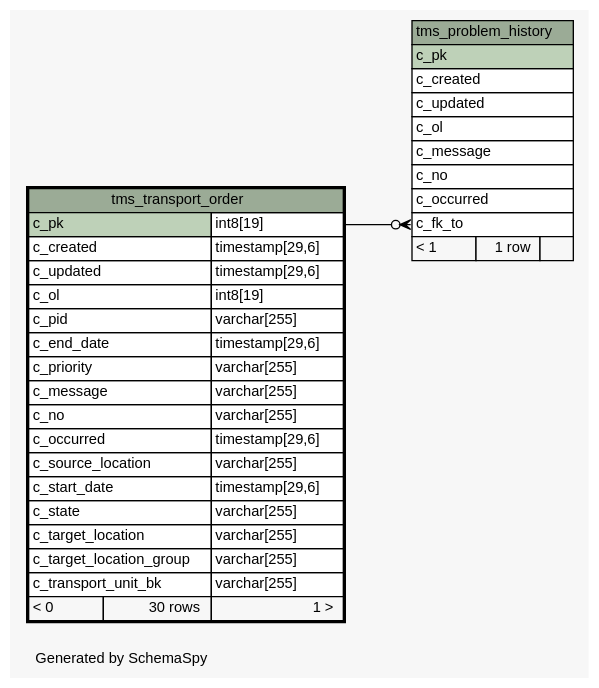
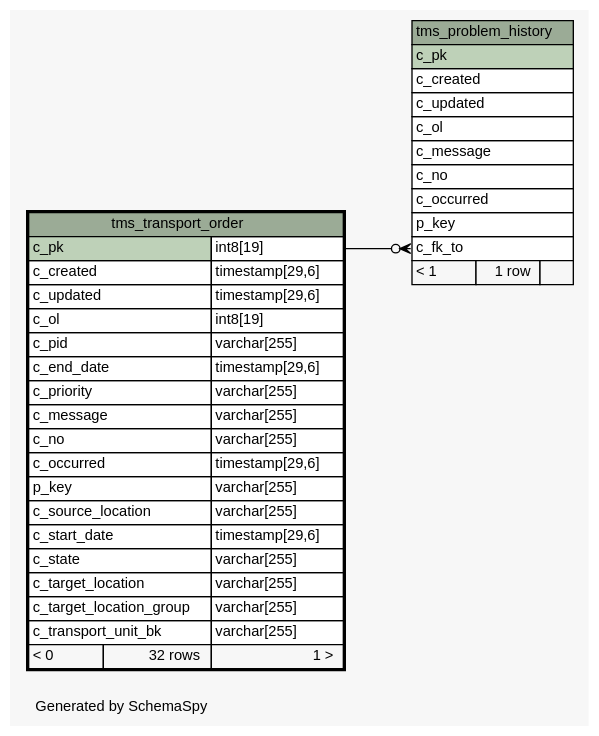
The diagram in schemaspy/diagrams/tms_transport_order.1degree.dot (openwms/org.openwms.tms.transportation), drawn with Graphviz before and after one commit. The commit also changed 341 other files, not shown here.

```diff
--- a/schemaspy/diagrams/tms_transport_order.1degree.dot
+++ b/schemaspy/diagrams/tms_transport_order.1degree.dot
@@ -1,65 +1,67 @@
 // dot 2.36.0 on Linux 4.4.0-101-generic
 // SchemaSpy rev Unknown
 digraph "oneDegreeRelationshipsDiagram" {
   graph [
     rankdir="RL"
     bgcolor="#f7f7f7"
     label="\nGenerated by SchemaSpy"
     labeljust="l"
     nodesep="0.18"
     ranksep="0.46"
     fontname="Helvetica"
     fontsize="11"
   ];
   node [
     fontname="Helvetica"
     fontsize="11"
     shape="plaintext"
   ];
   edge [
     arrowsize="0.8"
   ];
   "tms_problem_history":"c_fk_to":w -> "tms_transport_order":"c_pk.type":e [arrowhead=none dir=back arrowtail=crowodot];
   "tms_problem_history" [
     label=<
     <TABLE BORDER="0" CELLBORDER="1" CELLSPACING="0" BGCOLOR="#ffffff">
       <TR><TD COLSPAN="3" BGCOLOR="#9bab96" ALIGN="CENTER">tms_problem_history</TD></TR>
       <TR><TD PORT="c_pk" COLSPAN="3" BGCOLOR="#bed1b8" ALIGN="LEFT">c_pk</TD></TR>
       <TR><TD PORT="c_created" COLSPAN="3" ALIGN="LEFT">c_created</TD></TR>
       <TR><TD PORT="c_updated" COLSPAN="3" ALIGN="LEFT">c_updated</TD></TR>
       <TR><TD PORT="c_ol" COLSPAN="3" ALIGN="LEFT">c_ol</TD></TR>
       <TR><TD PORT="c_message" COLSPAN="3" ALIGN="LEFT">c_message</TD></TR>
       <TR><TD PORT="c_no" COLSPAN="3" ALIGN="LEFT">c_no</TD></TR>
       <TR><TD PORT="c_occurred" COLSPAN="3" ALIGN="LEFT">c_occurred</TD></TR>
+      <TR><TD PORT="p_key" COLSPAN="3" ALIGN="LEFT">p_key</TD></TR>
       <TR><TD PORT="c_fk_to" COLSPAN="3" ALIGN="LEFT">c_fk_to</TD></TR>
       <TR><TD ALIGN="LEFT" BGCOLOR="#f7f7f7">&lt; 1</TD><TD ALIGN="RIGHT" BGCOLOR="#f7f7f7">1 row</TD><TD ALIGN="RIGHT" BGCOLOR="#f7f7f7">  </TD></TR>
     </TABLE>>
     URL="tms_problem_history.html"
     tooltip="tms_problem_history"
   ];
   "tms_transport_order" [
     label=<
     <TABLE BORDER="2" CELLBORDER="1" CELLSPACING="0" BGCOLOR="#ffffff">
       <TR><TD COLSPAN="3" BGCOLOR="#9bab96" ALIGN="CENTER">tms_transport_order</TD></TR>
       <TR><TD PORT="c_pk" COLSPAN="2" BGCOLOR="#bed1b8" ALIGN="LEFT">c_pk</TD><TD PORT="c_pk.type" ALIGN="LEFT">int8[19]</TD></TR>
       <TR><TD PORT="c_created" COLSPAN="2" ALIGN="LEFT">c_created</TD><TD PORT="c_created.type" ALIGN="LEFT">timestamp[29,6]</TD></TR>
       <TR><TD PORT="c_updated" COLSPAN="2" ALIGN="LEFT">c_updated</TD><TD PORT="c_updated.type" ALIGN="LEFT">timestamp[29,6]</TD></TR>
       <TR><TD PORT="c_ol" COLSPAN="2" ALIGN="LEFT">c_ol</TD><TD PORT="c_ol.type" ALIGN="LEFT">int8[19]</TD></TR>
       <TR><TD PORT="c_pid" COLSPAN="2" ALIGN="LEFT">c_pid</TD><TD PORT="c_pid.type" ALIGN="LEFT">varchar[255]</TD></TR>
       <TR><TD PORT="c_end_date" COLSPAN="2" ALIGN="LEFT">c_end_date</TD><TD PORT="c_end_date.type" ALIGN="LEFT">timestamp[29,6]</TD></TR>
       <TR><TD PORT="c_priority" COLSPAN="2" ALIGN="LEFT">c_priority</TD><TD PORT="c_priority.type" ALIGN="LEFT">varchar[255]</TD></TR>
       <TR><TD PORT="c_message" COLSPAN="2" ALIGN="LEFT">c_message</TD><TD PORT="c_message.type" ALIGN="LEFT">varchar[255]</TD></TR>
       <TR><TD PORT="c_no" COLSPAN="2" ALIGN="LEFT">c_no</TD><TD PORT="c_no.type" ALIGN="LEFT">varchar[255]</TD></TR>
       <TR><TD PORT="c_occurred" COLSPAN="2" ALIGN="LEFT">c_occurred</TD><TD PORT="c_occurred.type" ALIGN="LEFT">timestamp[29,6]</TD></TR>
+      <TR><TD PORT="p_key" COLSPAN="2" ALIGN="LEFT">p_key</TD><TD PORT="p_key.type" ALIGN="LEFT">varchar[255]</TD></TR>
       <TR><TD PORT="c_source_location" COLSPAN="2" ALIGN="LEFT">c_source_location</TD><TD PORT="c_source_location.type" ALIGN="LEFT">varchar[255]</TD></TR>
       <TR><TD PORT="c_start_date" COLSPAN="2" ALIGN="LEFT">c_start_date</TD><TD PORT="c_start_date.type" ALIGN="LEFT">timestamp[29,6]</TD></TR>
       <TR><TD PORT="c_state" COLSPAN="2" ALIGN="LEFT">c_state</TD><TD PORT="c_state.type" ALIGN="LEFT">varchar[255]</TD></TR>
       <TR><TD PORT="c_target_location" COLSPAN="2" ALIGN="LEFT">c_target_location</TD><TD PORT="c_target_location.type" ALIGN="LEFT">varchar[255]</TD></TR>
       <TR><TD PORT="c_target_location_group" COLSPAN="2" ALIGN="LEFT">c_target_location_group</TD><TD PORT="c_target_location_group.type" ALIGN="LEFT">varchar[255]</TD></TR>
       <TR><TD PORT="c_transport_unit_bk" COLSPAN="2" ALIGN="LEFT">c_transport_unit_bk</TD><TD PORT="c_transport_unit_bk.type" ALIGN="LEFT">varchar[255]</TD></TR>
-      <TR><TD ALIGN="LEFT" BGCOLOR="#f7f7f7">&lt; 0</TD><TD ALIGN="RIGHT" BGCOLOR="#f7f7f7">30 rows</TD><TD ALIGN="RIGHT" BGCOLOR="#f7f7f7">1 &gt;</TD></TR>
+      <TR><TD ALIGN="LEFT" BGCOLOR="#f7f7f7">&lt; 0</TD><TD ALIGN="RIGHT" BGCOLOR="#f7f7f7">32 rows</TD><TD ALIGN="RIGHT" BGCOLOR="#f7f7f7">1 &gt;</TD></TR>
     </TABLE>>
     URL="tms_transport_order.html"
     tooltip="tms_transport_order"
   ];
 }
```
